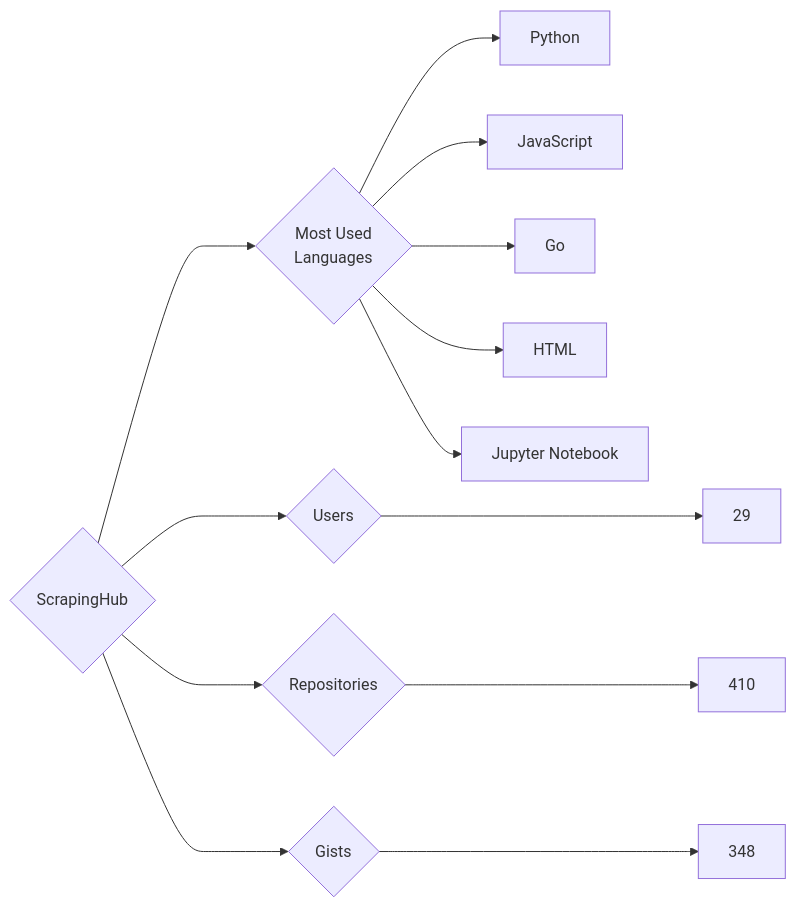
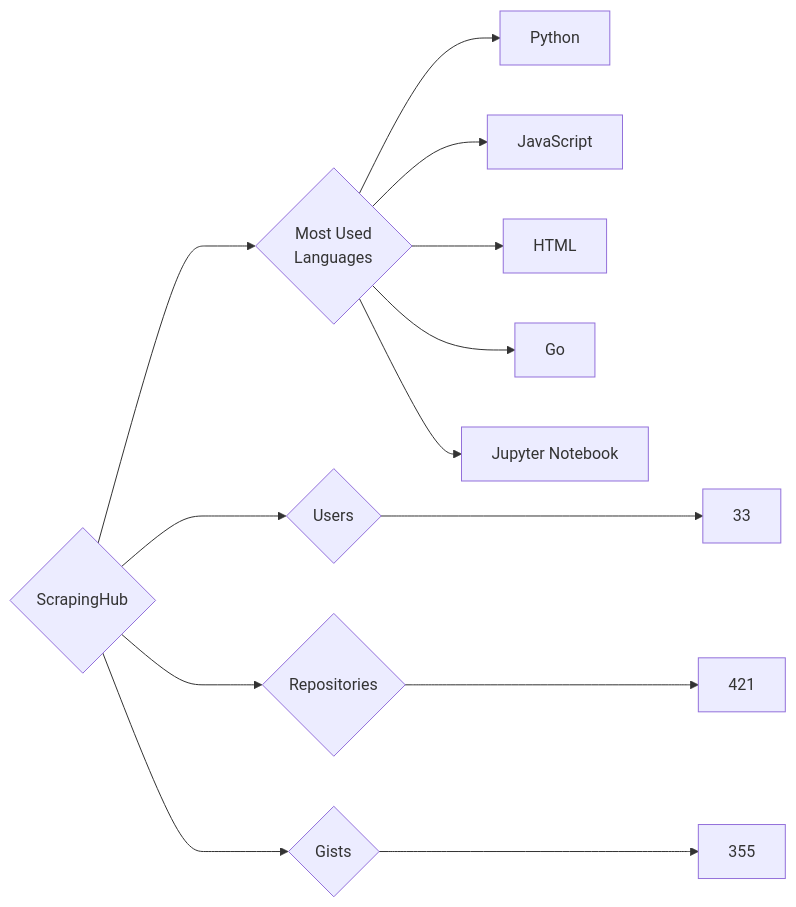
One commit to trickest/insiders changed the diagram in targets/ScrapingHub/README.md. Above: the diagram before and after it, drawn with Mermaid. The commit also changed 787 other files, not shown here.

````diff
--- a/targets/ScrapingHub/README.md
+++ b/targets/ScrapingHub/README.md
@@ -3,13 +3,13 @@
 ```mermaid
 graph LR
 COMPANY_NAME{ScrapingHub}
-COMPANY_NAME ---> U{Users} ---> UN[29]
-COMPANY_NAME ---> R{Repositories} ---> RN[410]
-COMPANY_NAME ---> G{Gists} ---> GN[348]
+COMPANY_NAME ---> U{Users} ---> UN[33]
+COMPANY_NAME ---> R{Repositories} ---> RN[421]
+COMPANY_NAME ---> G{Gists} ---> GN[355]
 COMPANY_NAME ---> ML{Most Used<br>Languages}
 ML --> Python[Python]
 ML --> JavaScript[JavaScript]
+ML --> HTML[HTML]
 ML --> Go[Go]
-ML --> HTML[HTML]
 ML --> Jupyter_Notebook[Jupyter Notebook]
 ```
````
